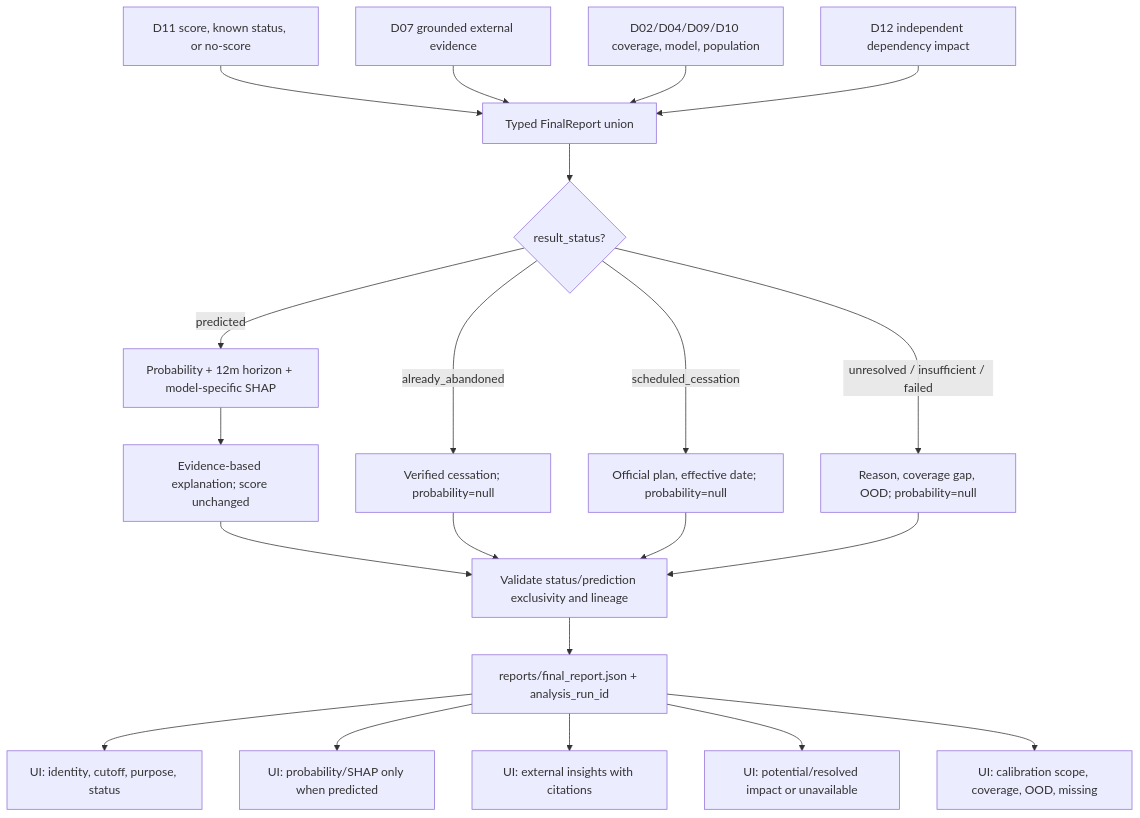
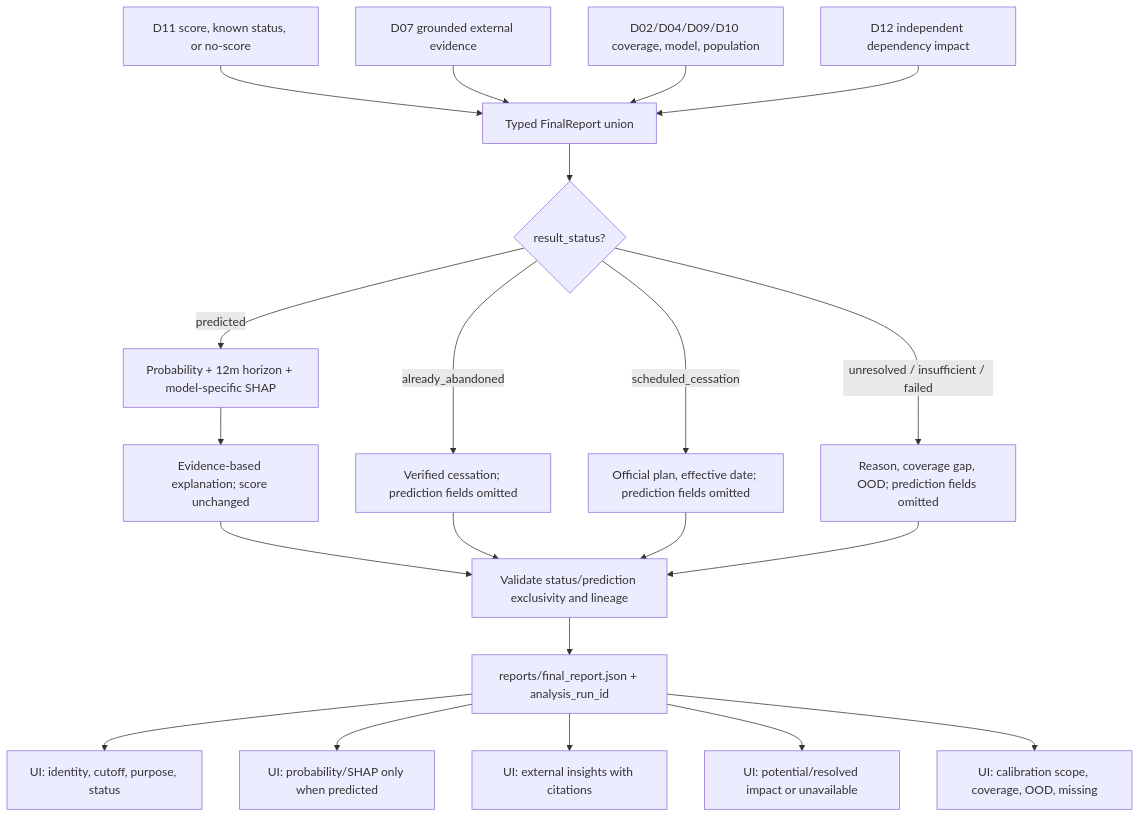
Before and after one commit to ldatdzs1tg/RepoSeer: diagram 14 of 16 in docs/architecture/pipeline.md, drawn with Mermaid. The commit also changed other lines of this file and 4 other files, not shown here.

````diff
--- a/docs/architecture/pipeline.md
+++ b/docs/architecture/pipeline.md
@@ -525,23 +525,23 @@
 ```mermaid
 flowchart TB
   P["D11 score, known status, or no-score"] --> BUILD["Typed FinalReport union"]
   E["D07 grounded external evidence"] --> BUILD
   M["D02/D04/D09/D10 coverage, model, population"] --> BUILD
   G["D12 independent dependency impact"] --> BUILD
   BUILD --> STATE{"result_status?"}
   STATE -->|predicted| RISK["Probability + 12m horizon + model-specific SHAP"]
-  STATE -->|already_abandoned| AB["Verified cessation; probability=null"]
-  STATE -->|scheduled_cessation| SC["Official plan, effective date; probability=null"]
-  STATE -->|unresolved / insufficient / failed| ERR["Reason, coverage gap, OOD; probability=null"]
+  STATE -->|already_abandoned| AB["Verified cessation; prediction fields omitted"]
+  STATE -->|scheduled_cessation| SC["Official plan, effective date; prediction fields omitted"]
+  STATE -->|unresolved / insufficient / failed| ERR["Reason, coverage gap, OOD; prediction fields omitted"]
   RISK --> FACT["Evidence-based explanation; score unchanged"]
   FACT --> VALID["Validate status/prediction exclusivity and lineage"]
   AB --> VALID
   SC --> VALID
   ERR --> VALID
   VALID --> JSON["reports/final_report.json + analysis_run_id"]
   JSON --> U1["UI: identity, cutoff, purpose, status"]
   JSON --> U2["UI: probability/SHAP only when predicted"]
   JSON --> U3["UI: external insights with citations"]
   JSON --> U4["UI: potential/resolved impact or unavailable"]
   JSON --> U5["UI: calibration scope, coverage, OOD, missing"]
 ```
````
